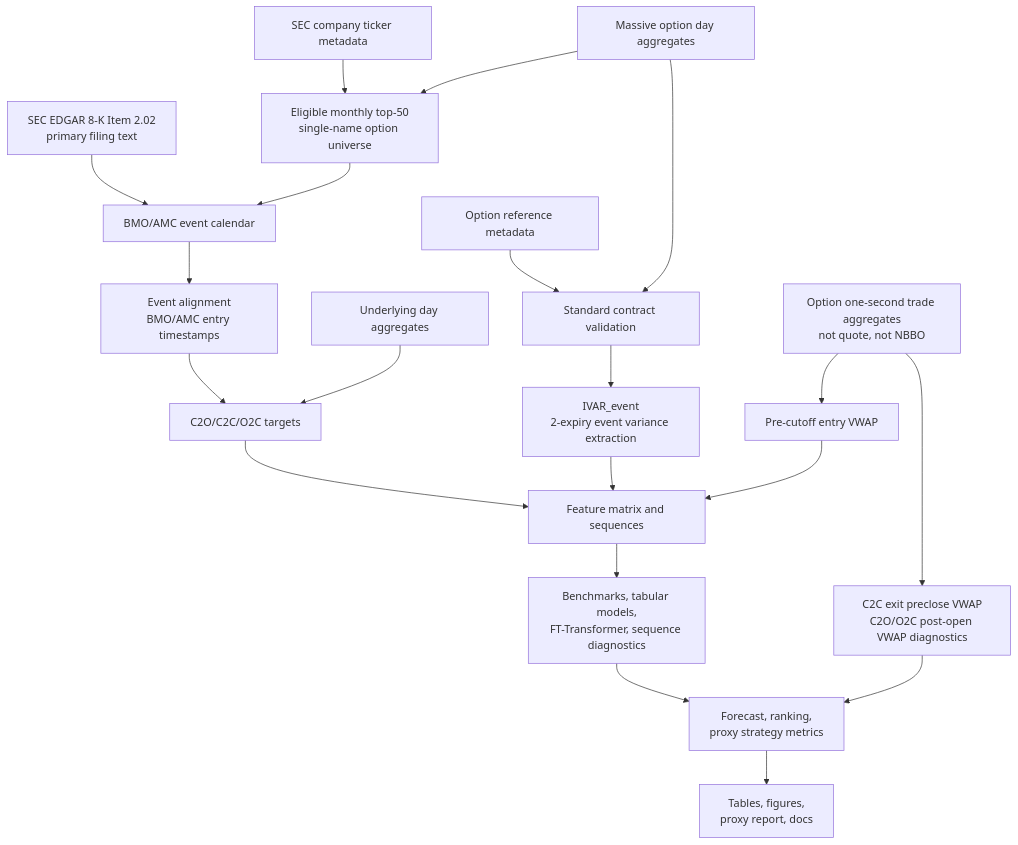
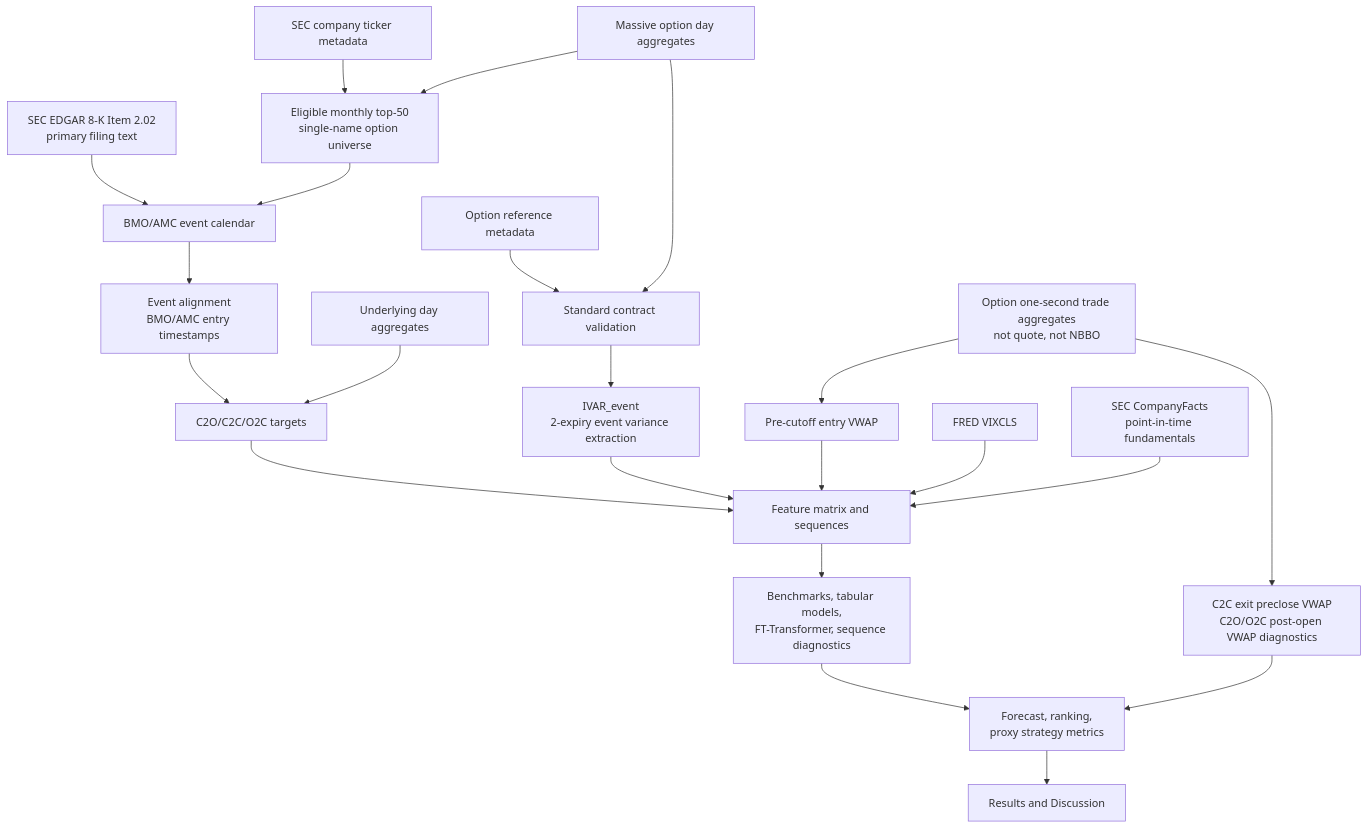
One commit to TY-Cheng/earnings-event-vol changed the diagram in docs/paper_plan.md. Above: the diagram before and after it, drawn with Mermaid. The commit also changed other lines of this file and 37 other files, not shown here.

````diff
--- a/docs/paper_plan.md
+++ b/docs/paper_plan.md
@@ -206,22 +327,24 @@
 ```mermaid
 flowchart TB
   sec["SEC EDGAR 8-K Item 2.02\nprimary filing text"] --> cal["BMO/AMC event calendar"]
   secmeta["SEC company ticker metadata"] --> universe["Eligible monthly top-50\nsingle-name option universe"]
   optday["Massive option day aggregates"] --> universe
   universe --> cal
   cal --> align["Event alignment\nBMO/AMC entry timestamps"]
   stockday["Underlying day aggregates"] --> targets["C2O/C2C/O2C targets"]
   align --> targets
   optref["Option reference metadata"] --> contracts["Standard contract validation"]
   optday --> contracts
   contracts --> ivar["IVAR_event\n2-expiry event variance extraction"]
   optsec["Option one-second trade aggregates\nnot quote, not NBBO"] --> entry["Pre-cutoff entry VWAP"]
   optsec --> exit["C2C exit preclose VWAP\nC2O/O2C post-open VWAP diagnostics"]
-  ivar --> features["Feature matrix and sequences"]
+  fred["FRED VIXCLS"] --> features["Feature matrix and sequences"]
+  secfacts["SEC CompanyFacts\npoint-in-time fundamentals"] --> features
+  ivar --> features
   targets --> features
   entry --> features
   features --> models["Benchmarks, tabular models,\nFT-Transformer, sequence diagnostics"]
   models --> metrics["Forecast, ranking,\nproxy strategy metrics"]
   exit --> metrics
-  metrics --> docs["Tables, figures,\nproxy report, docs"]
+  metrics --> results["Results and Discussion"]
 ```
````
